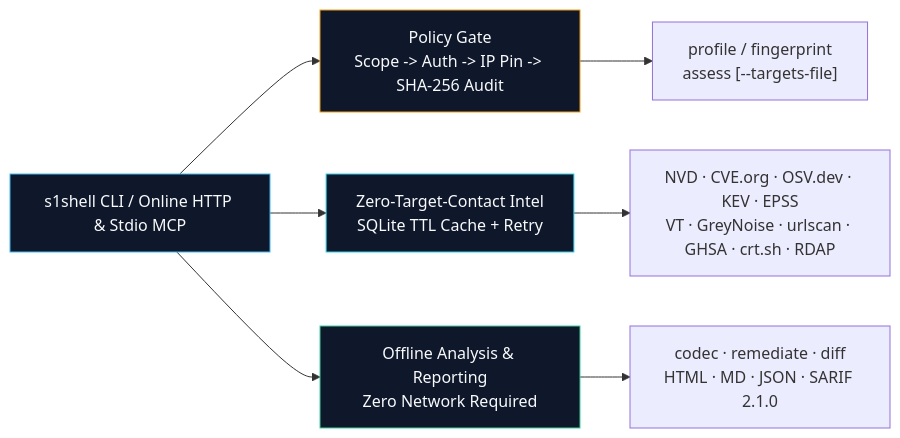
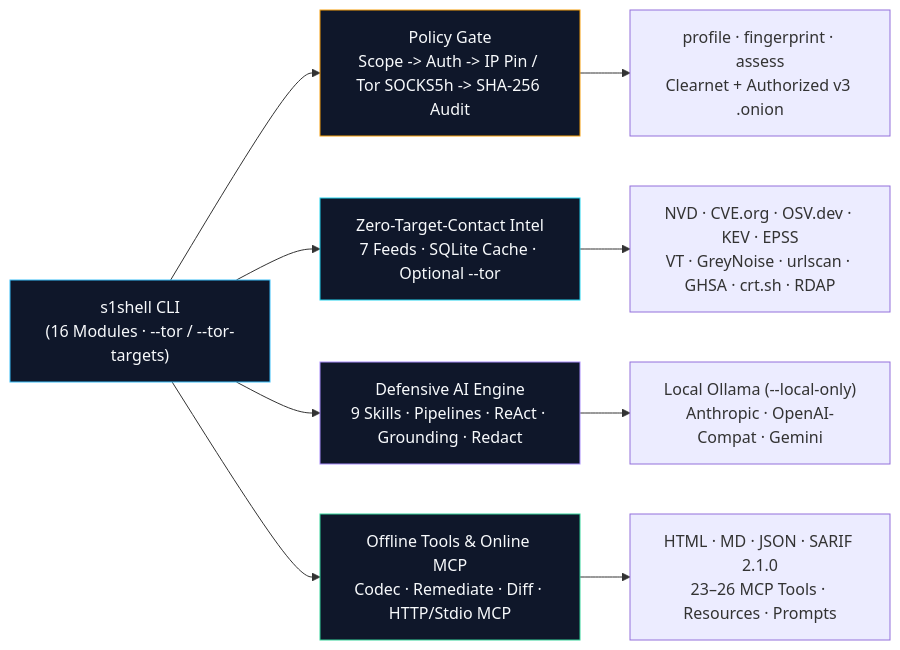
The first of 2 diagrams in README.md (willygailo/ProjectPY), drawn with Mermaid before and after one commit. The commit also changed other lines of this file and 2 other files, not shown here.

Commit message:
feat: add support for Tor SOCKS5h routing and online MCP server configuration

````diff
--- a/README.md
+++ b/README.md
@@ -33,15 +37,18 @@
 ```mermaid
 flowchart LR
-    CLI["s1shell CLI / Online HTTP & Stdio MCP"] --> GATE["Policy Gate\nScope -> Auth -> IP Pin -> SHA-256 Audit"]
-    CLI --> INTEL["Zero-Target-Contact Intel\nSQLite TTL Cache + Retry"]
-    CLI --> OFFLINE["Offline Analysis & Reporting\nZero Network Required"]
+    CLI["s1shell CLI\n(16 Modules · --tor / --tor-targets)"] --> GATE["Policy Gate\nScope -> Auth -> IP Pin / Tor SOCKS5h -> SHA-256 Audit"]
+    CLI --> INTEL["Zero-Target-Contact Intel\n7 Feeds · SQLite Cache · Optional --tor"]
+    CLI --> AI["Defensive AI Engine\n9 Skills · Pipelines · ReAct · Grounding · Redact"]
+    CLI --> OFFLINE["Offline Tools & Online MCP\nCodec · Remediate · Diff · HTTP/Stdio MCP"]
 
-    GATE --> TARGET["profile / fingerprint\nassess [--targets-file]"]
+    GATE --> TARGET["profile · fingerprint · assess\nClearnet + Authorized v3 .onion"]
     INTEL --> FEEDS["NVD · CVE.org · OSV.dev · KEV · EPSS\nVT · GreyNoise · urlscan · GHSA · crt.sh · RDAP"]
-    OFFLINE --> OUT["codec · remediate · diff\nHTML · MD · JSON · SARIF 2.1.0"]
+    AI --> MODELS["Local Ollama (--local-only)\nAnthropic · OpenAI-Compat · Gemini"]
+    OFFLINE --> OUT["HTML · MD · JSON · SARIF 2.1.0\n23–26 MCP Tools · Resources · Prompts"]
 
     style CLI fill:#0f172a,stroke:#38bdf8,color:#f8fafc
     style GATE fill:#0f172a,stroke:#f59e0b,color:#f8fafc
     style INTEL fill:#0f172a,stroke:#22d3ee,color:#f8fafc
+    style AI fill:#0f172a,stroke:#a78bfa,color:#f8fafc
     style OFFLINE fill:#0f172a,stroke:#34d399,color:#f8fafc
 ```
````
